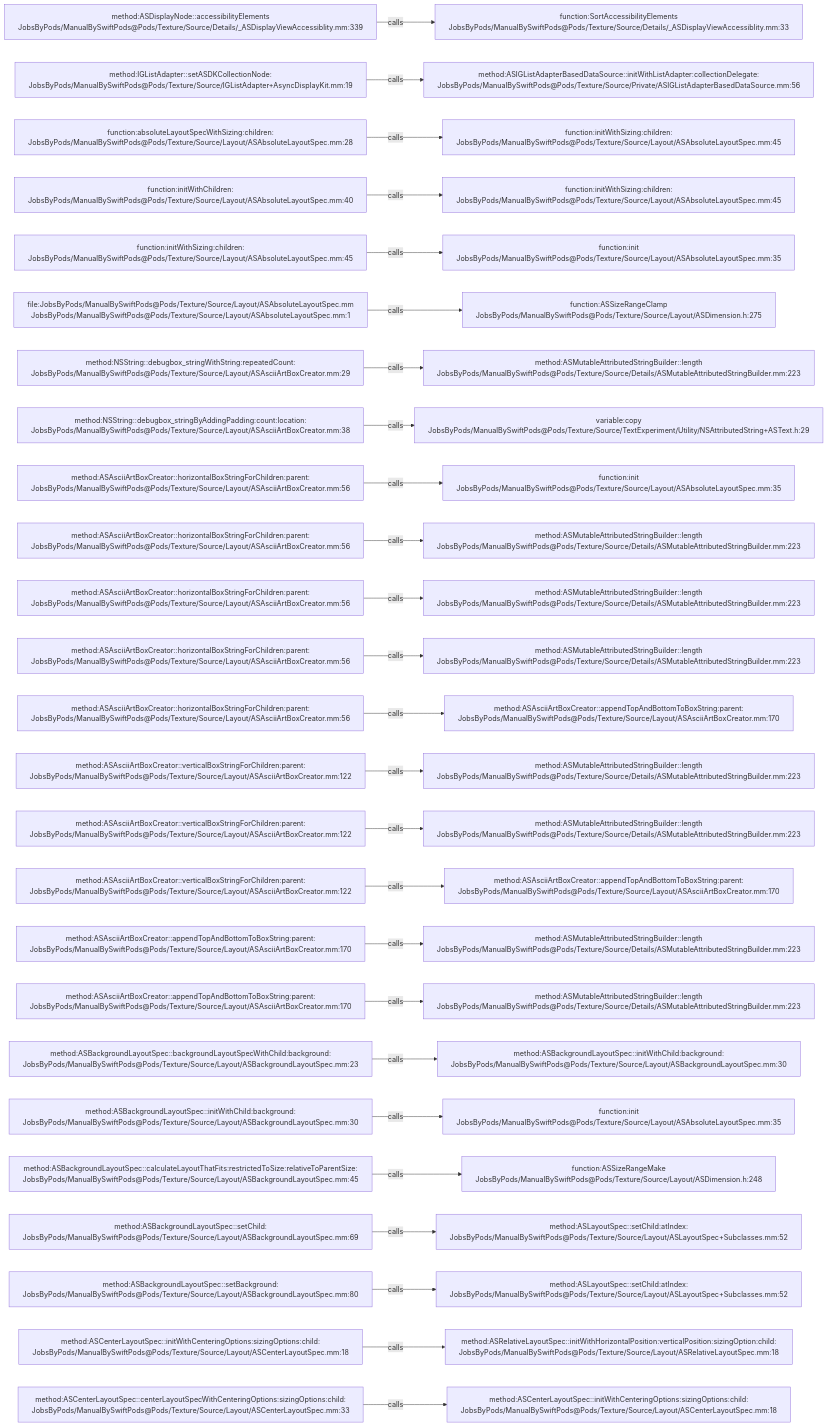
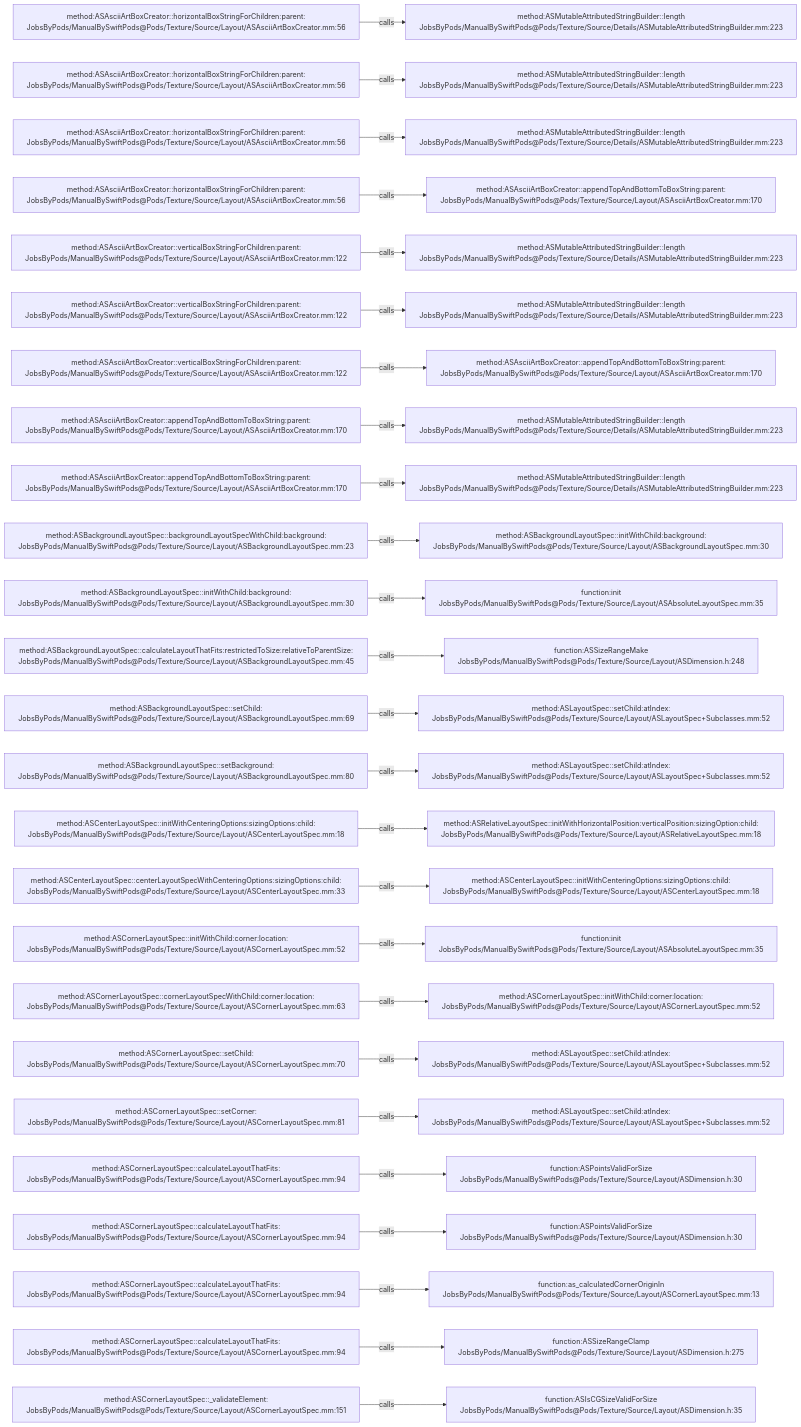
Before and after one commit to JobsKits/JobsSwiftBaseConfigDemo: the diagram in .codegraph/codegraph.md/graphs/calls-105.md, drawn with Mermaid. The commit also changed 707 other files, not shown here.

````diff
--- a/.codegraph/codegraph.md/graphs/calls-105.md
+++ b/.codegraph/codegraph.md/graphs/calls-105.md
@@ -13,78 +13,78 @@
 ```mermaid
 flowchart LR
-  S1["method:ASDisplayNode::accessibilityElements<br/>JobsByPods/ManualBySwiftPods@Pods/Texture/Source/Details/_ASDisplayViewAccessiblity.mm:339"]
-  T1["function:SortAccessibilityElements<br/>JobsByPods/ManualBySwiftPods@Pods/Texture/Source/Details/_ASDisplayViewAccessiblity.mm:33"]
+  S1["method:ASAsciiArtBoxCreator::horizontalBoxStringForChildren:parent:<br/>JobsByPods/ManualBySwiftPods@Pods/Texture/Source/Layout/ASAsciiArtBoxCreator.mm:56"]
+  T1["method:ASMutableAttributedStringBuilder::length<br/>JobsByPods/ManualBySwiftPods@Pods/Texture/Source/Details/ASMutableAttributedStringBuilder.mm:223"]
   S1 -->|calls| T1
-  S2["method:IGListAdapter::setASDKCollectionNode:<br/>JobsByPods/ManualBySwiftPods@Pods/Texture/Source/IGListAdapter+AsyncDisplayKit.mm:19"]
-  T2["method:ASIGListAdapterBasedDataSource::initWithListAdapter:collectionDelegate:<br/>JobsByPods/ManualBySwiftPods@Pods/Texture/Source/Private/ASIGListAdapterBasedDataSource.mm:56"]
+  S2["method:ASAsciiArtBoxCreator::horizontalBoxStringForChildren:parent:<br/>JobsByPods/ManualBySwiftPods@Pods/Texture/Source/Layout/ASAsciiArtBoxCreator.mm:56"]
+  T2["method:ASMutableAttributedStringBuilder::length<br/>JobsByPods/ManualBySwiftPods@Pods/Texture/Source/Details/ASMutableAttributedStringBuilder.mm:223"]
   S2 -->|calls| T2
-  S3["function:absoluteLayoutSpecWithSizing:children:<br/>JobsByPods/ManualBySwiftPods@Pods/Texture/Source/Layout/ASAbsoluteLayoutSpec.mm:28"]
-  T3["function:initWithSizing:children:<br/>JobsByPods/ManualBySwiftPods@Pods/Texture/Source/Layout/ASAbsoluteLayoutSpec.mm:45"]
+  S3["method:ASAsciiArtBoxCreator::horizontalBoxStringForChildren:parent:<br/>JobsByPods/ManualBySwiftPods@Pods/Texture/Source/Layout/ASAsciiArtBoxCreator.mm:56"]
+  T3["method:ASMutableAttributedStringBuilder::length<br/>JobsByPods/ManualBySwiftPods@Pods/Texture/Source/Details/ASMutableAttributedStringBuilder.mm:223"]
   S3 -->|calls| T3
-  S4["function:initWithChildren:<br/>JobsByPods/ManualBySwiftPods@Pods/Texture/Source/Layout/ASAbsoluteLayoutSpec.mm:40"]
-  T4["function:initWithSizing:children:<br/>JobsByPods/ManualBySwiftPods@Pods/Texture/Source/Layout/ASAbsoluteLayoutSpec.mm:45"]
+  S4["method:ASAsciiArtBoxCreator::horizontalBoxStringForChildren:parent:<br/>JobsByPods/ManualBySwiftPods@Pods/Texture/Source/Layout/ASAsciiArtBoxCreator.mm:56"]
+  T4["method:ASAsciiArtBoxCreator::appendTopAndBottomToBoxString:parent:<br/>JobsByPods/ManualBySwiftPods@Pods/Texture/Source/Layout/ASAsciiArtBoxCreator.mm:170"]
   S4 -->|calls| T4
-  S5["function:initWithSizing:children:<br/>JobsByPods/ManualBySwiftPods@Pods/Texture/Source/Layout/ASAbsoluteLayoutSpec.mm:45"]
-  T5["function:init<br/>JobsByPods/ManualBySwiftPods@Pods/Texture/Source/Layout/ASAbsoluteLayoutSpec.mm:35"]
+  S5["method:ASAsciiArtBoxCreator::verticalBoxStringForChildren:parent:<br/>JobsByPods/ManualBySwiftPods@Pods/Texture/Source/Layout/ASAsciiArtBoxCreator.mm:122"]
+  T5["method:ASMutableAttributedStringBuilder::length<br/>JobsByPods/ManualBySwiftPods@Pods/Texture/Source/Details/ASMutableAttributedStringBuilder.mm:223"]
   S5 -->|calls| T5
-  S6["file:JobsByPods/ManualBySwiftPods@Pods/Texture/Source/Layout/ASAbsoluteLayoutSpec.mm<br/>JobsByPods/ManualBySwiftPods@Pods/Texture/Source/Layout/ASAbsoluteLayoutSpec.mm:1"]
-  T6["function:ASSizeRangeClamp<br/>JobsByPods/ManualBySwiftPods@Pods/Texture/Source/Layout/ASDimension.h:275"]
+  S6["method:ASAsciiArtBoxCreator::verticalBoxStringForChildren:parent:<br/>JobsByPods/ManualBySwiftPods@Pods/Texture/Source/Layout/ASAsciiArtBoxCreator.mm:122"]
+  T6["method:ASMutableAttributedStringBuilder::length<br/>JobsByPods/ManualBySwiftPods@Pods/Texture/Source/Details/ASMutableAttributedStringBuilder.mm:223"]
   S6 -->|calls| T6
-  S7["method:NSString::debugbox_stringWithString:repeatedCount:<br/>JobsByPods/ManualBySwiftPods@Pods/Texture/Source/Layout/ASAsciiArtBoxCreator.mm:29"]
-  T7["method:ASMutableAttributedStringBuilder::length<br/>JobsByPods/ManualBySwiftPods@Pods/Texture/Source/Details/ASMutableAttributedStringBuilder.mm:223"]
+  S7["method:ASAsciiArtBoxCreator::verticalBoxStringForChildren:parent:<br/>JobsByPods/ManualBySwiftPods@Pods/Texture/Source/Layout/ASAsciiArtBoxCreator.mm:122"]
+  T7["method:ASAsciiArtBoxCreator::appendTopAndBottomToBoxString:parent:<br/>JobsByPods/ManualBySwiftPods@Pods/Texture/Source/Layout/ASAsciiArtBoxCreator.mm:170"]
   S7 -->|calls| T7
-  S8["method:NSString::debugbox_stringByAddingPadding:count:location:<br/>JobsByPods/ManualBySwiftPods@Pods/Texture/Source/Layout/ASAsciiArtBoxCreator.mm:38"]
-  T8["variable:copy<br/>JobsByPods/ManualBySwiftPods@Pods/Texture/Source/TextExperiment/Utility/NSAttributedString+ASText.h:29"]
+  S8["method:ASAsciiArtBoxCreator::appendTopAndBottomToBoxString:parent:<br/>JobsByPods/ManualBySwiftPods@Pods/Texture/Source/Layout/ASAsciiArtBoxCreator.mm:170"]
+  T8["method:ASMutableAttributedStringBuilder::length<br/>JobsByPods/ManualBySwiftPods@Pods/Texture/Source/Details/ASMutableAttributedStringBuilder.mm:223"]
   S8 -->|calls| T8
-  S9["method:ASAsciiArtBoxCreator::horizontalBoxStringForChildren:parent:<br/>JobsByPods/ManualBySwiftPods@Pods/Texture/Source/Layout/ASAsciiArtBoxCreator.mm:56"]
-  T9["function:init<br/>JobsByPods/ManualBySwiftPods@Pods/Texture/Source/Layout/ASAbsoluteLayoutSpec.mm:35"]
+  S9["method:ASAsciiArtBoxCreator::appendTopAndBottomToBoxString:parent:<br/>JobsByPods/ManualBySwiftPods@Pods/Texture/Source/Layout/ASAsciiArtBoxCreator.mm:170"]
+  T9["method:ASMutableAttributedStringBuilder::length<br/>JobsByPods/ManualBySwiftPods@Pods/Texture/Source/Details/ASMutableAttributedStringBuilder.mm:223"]
   S9 -->|calls| T9
-  S10["method:ASAsciiArtBoxCreator::horizontalBoxStringForChildren:parent:<br/>JobsByPods/ManualBySwiftPods@Pods/Texture/Source/Layout/ASAsciiArtBoxCreator.mm:56"]
-  T10["method:ASMutableAttributedStringBuilder::length<br/>JobsByPods/ManualBySwiftPods@Pods/Texture/Source/Details/ASMutableAttributedStringBuilder.mm:223"]
+  S10["method:ASBackgroundLayoutSpec::backgroundLayoutSpecWithChild:background:<br/>JobsByPods/ManualBySwiftPods@Pods/Texture/Source/Layout/ASBackgroundLayoutSpec.mm:23"]
+  T10["method:ASBackgroundLayoutSpec::initWithChild:background:<br/>JobsByPods/ManualBySwiftPods@Pods/Texture/Source/Layout/ASBackgroundLayoutSpec.mm:30"]
   S10 -->|calls| T10
-  S11["method:ASAsciiArtBoxCreator::horizontalBoxStringForChildren:parent:<br/>JobsByPods/ManualBySwiftPods@Pods/Texture/Source/Layout/ASAsciiArtBoxCreator.mm:56"]
-  T11["method:ASMutableAttributedStringBuilder::length<br/>JobsByPods/ManualBySwiftPods@Pods/Texture/Source/Details/ASMutableAttributedStringBuilder.mm:223"]
+  S11["method:ASBackgroundLayoutSpec::initWithChild:background:<br/>JobsByPods/ManualBySwiftPods@Pods/Texture/Source/Layout/ASBackgroundLayoutSpec.mm:30"]
+  T11["function:init<br/>JobsByPods/ManualBySwiftPods@Pods/Texture/Source/Layout/ASAbsoluteLayoutSpec.mm:35"]
   S11 -->|calls| T11
-  S12["method:ASAsciiArtBoxCreator::horizontalBoxStringForChildren:parent:<br/>JobsByPods/ManualBySwiftPods@Pods/Texture/Source/Layout/ASAsciiArtBoxCreator.mm:56"]
-  T12["method:ASMutableAttributedStringBuilder::length<br/>JobsByPods/ManualBySwiftPods@Pods/Texture/Source/Details/ASMutableAttributedStringBuilder.mm:223"]
+  S12["method:ASBackgroundLayoutSpec::calculateLayoutThatFits:restrictedToSize:relativeToParentSize:<br/>JobsByPods/ManualBySwiftPods@Pods/Texture/Source/Layout/ASBackgroundLayoutSpec.mm:45"]
+  T12["function:ASSizeRangeMake<br/>JobsByPods/ManualBySwiftPods@Pods/Texture/Source/Layout/ASDimension.h:248"]
   S12 -->|calls| T12
-  S13["method:ASAsciiArtBoxCreator::horizontalBoxStringForChildren:parent:<br/>JobsByPods/ManualBySwiftPods@Pods/Texture/Source/Layout/ASAsciiArtBoxCreator.mm:56"]
-  T13["method:ASAsciiArtBoxCreator::appendTopAndBottomToBoxString:parent:<br/>JobsByPods/ManualBySwiftPods@Pods/Texture/Source/Layout/ASAsciiArtBoxCreator.mm:170"]
+  S13["method:ASBackgroundLayoutSpec::setChild:<br/>JobsByPods/ManualBySwiftPods@Pods/Texture/Source/Layout/ASBackgroundLayoutSpec.mm:69"]
+  T13["method:ASLayoutSpec::setChild:atIndex:<br/>JobsByPods/ManualBySwiftPods@Pods/Texture/Source/Layout/ASLayoutSpec+Subclasses.mm:52"]
   S13 -->|calls| T13
-  S14["method:ASAsciiArtBoxCreator::verticalBoxStringForChildren:parent:<br/>JobsByPods/ManualBySwiftPods@Pods/Texture/Source/Layout/ASAsciiArtBoxCreator.mm:122"]
-  T14["method:ASMutableAttributedStringBuilder::length<br/>JobsByPods/ManualBySwiftPods@Pods/Texture/Source/Details/ASMutableAttributedStringBuilder.mm:223"]
+  S14["method:ASBackgroundLayoutSpec::setBackground:<br/>JobsByPods/ManualBySwiftPods@Pods/Texture/Source/Layout/ASBackgroundLayoutSpec.mm:80"]
+  T14["method:ASLayoutSpec::setChild:atIndex:<br/>JobsByPods/ManualBySwiftPods@Pods/Texture/Source/Layout/ASLayoutSpec+Subclasses.mm:52"]
   S14 -->|calls| T14
-  S15["method:ASAsciiArtBoxCreator::verticalBoxStringForChildren:parent:<br/>JobsByPods/ManualBySwiftPods@Pods/Texture/Source/Layout/ASAsciiArtBoxCreator.mm:122"]
-  T15["method:ASMutableAttributedStringBuilder::length<br/>JobsByPods/ManualBySwiftPods@Pods/Texture/Source/Details/ASMutableAttributedStringBuilder.mm:223"]
+  S15["method:ASCenterLayoutSpec::initWithCenteringOptions:sizingOptions:child:<br/>JobsByPods/ManualBySwiftPods@Pods/Texture/Source/Layout/ASCenterLayoutSpec.mm:18"]
+  T15["method:ASRelativeLayoutSpec::initWithHorizontalPosition:verticalPosition:sizingOption:child:<br/>JobsByPods/ManualBySwiftPods@Pods/Texture/Source/Layout/ASRelativeLayoutSpec.mm:18"]
   S15 -->|calls| T15
-  S16["method:ASAsciiArtBoxCreator::verticalBoxStringForChildren:parent:<br/>JobsByPods/ManualBySwiftPods@Pods/Texture/Source/Layout/ASAsciiArtBoxCreator.mm:122"]
-  T16["method:ASAsciiArtBoxCreator::appendTopAndBottomToBoxString:parent:<br/>JobsByPods/ManualBySwiftPods@Pods/Texture/Source/Layout/ASAsciiArtBoxCreator.mm:170"]
+  S16["method:ASCenterLayoutSpec::centerLayoutSpecWithCenteringOptions:sizingOptions:child:<br/>JobsByPods/ManualBySwiftPods@Pods/Texture/Source/Layout/ASCenterLayoutSpec.mm:33"]
+  T16["method:ASCenterLayoutSpec::initWithCenteringOptions:sizingOptions:child:<br/>JobsByPods/ManualBySwiftPods@Pods/Texture/Source/Layout/ASCenterLayoutSpec.mm:18"]
   S16 -->|calls| T16
-  S17["method:ASAsciiArtBoxCreator::appendTopAndBottomToBoxString:parent:<br/>JobsByPods/ManualBySwiftPods@Pods/Texture/Source/Layout/ASAsciiArtBoxCreator.mm:170"]
-  T17["method:ASMutableAttributedStringBuilder::length<br/>JobsByPods/ManualBySwiftPods@Pods/Texture/Source/Details/ASMutableAttributedStringBuilder.mm:223"]
+  S17["method:ASCornerLayoutSpec::initWithChild:corner:location:<br/>JobsByPods/ManualBySwiftPods@Pods/Texture/Source/Layout/ASCornerLayoutSpec.mm:52"]
+  T17["function:init<br/>JobsByPods/ManualBySwiftPods@Pods/Texture/Source/Layout/ASAbsoluteLayoutSpec.mm:35"]
   S17 -->|calls| T17
-  S18["method:ASAsciiArtBoxCreator::appendTopAndBottomToBoxString:parent:<br/>JobsByPods/ManualBySwiftPods@Pods/Texture/Source/Layout/ASAsciiArtBoxCreator.mm:170"]
-  T18["method:ASMutableAttributedStringBuilder::length<br/>JobsByPods/ManualBySwiftPods@Pods/Texture/Source/Details/ASMutableAttributedStringBuilder.mm:223"]
+  S18["method:ASCornerLayoutSpec::cornerLayoutSpecWithChild:corner:location:<br/>JobsByPods/ManualBySwiftPods@Pods/Texture/Source/Layout/ASCornerLayoutSpec.mm:63"]
+  T18["method:ASCornerLayoutSpec::initWithChild:corner:location:<br/>JobsByPods/ManualBySwiftPods@Pods/Texture/Source/Layout/ASCornerLayoutSpec.mm:52"]
   S18 -->|calls| T18
-  S19["method:ASBackgroundLayoutSpec::backgroundLayoutSpecWithChild:background:<br/>JobsByPods/ManualBySwiftPods@Pods/Texture/Source/Layout/ASBackgroundLayoutSpec.mm:23"]
-  T19["method:ASBackgroundLayoutSpec::initWithChild:background:<br/>JobsByPods/ManualBySwiftPods@Pods/Texture/Source/Layout/ASBackgroundLayoutSpec.mm:30"]
+  S19["method:ASCornerLayoutSpec::setChild:<br/>JobsByPods/ManualBySwiftPods@Pods/Texture/Source/Layout/ASCornerLayoutSpec.mm:70"]
+  T19["method:ASLayoutSpec::setChild:atIndex:<br/>JobsByPods/ManualBySwiftPods@Pods/Texture/Source/Layout/ASLayoutSpec+Subclasses.mm:52"]
   S19 -->|calls| T19
-  S20["method:ASBackgroundLayoutSpec::initWithChild:background:<br/>JobsByPods/ManualBySwiftPods@Pods/Texture/Source/Layout/ASBackgroundLayoutSpec.mm:30"]
-  T20["function:init<br/>JobsByPods/ManualBySwiftPods@Pods/Texture/Source/Layout/ASAbsoluteLayoutSpec.mm:35"]
+  S20["method:ASCornerLayoutSpec::setCorner:<br/>JobsByPods/ManualBySwiftPods@Pods/Texture/Source/Layout/ASCornerLayoutSpec.mm:81"]
+  T20["method:ASLayoutSpec::setChild:atIndex:<br/>JobsByPods/ManualBySwiftPods@Pods/Texture/Source/Layout/ASLayoutSpec+Subclasses.mm:52"]
   S20 -->|calls| T20
-  S21["method:ASBackgroundLayoutSpec::calculateLayoutThatFits:restrictedToSize:relativeToParentSize:<br/>JobsByPods/ManualBySwiftPods@Pods/Texture/Source/Layout/ASBackgroundLayoutSpec.mm:45"]
-  T21["function:ASSizeRangeMake<br/>JobsByPods/ManualBySwiftPods@Pods/Texture/Source/Layout/ASDimension.h:248"]
+  S21["method:ASCornerLayoutSpec::calculateLayoutThatFits:<br/>JobsByPods/ManualBySwiftPods@Pods/Texture/Source/Layout/ASCornerLayoutSpec.mm:94"]
+  T21["function:ASPointsValidForSize<br/>JobsByPods/ManualBySwiftPods@Pods/Texture/Source/Layout/ASDimension.h:30"]
   S21 -->|calls| T21
-  S22["method:ASBackgroundLayoutSpec::setChild:<br/>JobsByPods/ManualBySwiftPods@Pods/Texture/Source/Layout/ASBackgroundLayoutSpec.mm:69"]
-  T22["method:ASLayoutSpec::setChild:atIndex:<br/>JobsByPods/ManualBySwiftPods@Pods/Texture/Source/Layout/ASLayoutSpec+Subclasses.mm:52"]
+  S22["method:ASCornerLayoutSpec::calculateLayoutThatFits:<br/>JobsByPods/ManualBySwiftPods@Pods/Texture/Source/Layout/ASCornerLayoutSpec.mm:94"]
+  T22["function:ASPointsValidForSize<br/>JobsByPods/ManualBySwiftPods@Pods/Texture/Source/Layout/ASDimension.h:30"]
   S22 -->|calls| T22
-  S23["method:ASBackgroundLayoutSpec::setBackground:<br/>JobsByPods/ManualBySwiftPods@Pods/Texture/Source/Layout/ASBackgroundLayoutSpec.mm:80"]
-  T23["method:ASLayoutSpec::setChild:atIndex:<br/>JobsByPods/ManualBySwiftPods@Pods/Texture/Source/Layout/ASLayoutSpec+Subclasses.mm:52"]
+  S23["method:ASCornerLayoutSpec::calculateLayoutThatFits:<br/>JobsByPods/ManualBySwiftPods@Pods/Texture/Source/Layout/ASCornerLayoutSpec.mm:94"]
+  T23["function:as_calculatedCornerOriginIn<br/>JobsByPods/ManualBySwiftPods@Pods/Texture/Source/Layout/ASCornerLayoutSpec.mm:13"]
   S23 -->|calls| T23
-  S24["method:ASCenterLayoutSpec::initWithCenteringOptions:sizingOptions:child:<br/>JobsByPods/ManualBySwiftPods@Pods/Texture/Source/Layout/ASCenterLayoutSpec.mm:18"]
-  T24["method:ASRelativeLayoutSpec::initWithHorizontalPosition:verticalPosition:sizingOption:child:<br/>JobsByPods/ManualBySwiftPods@Pods/Texture/Source/Layout/ASRelativeLayoutSpec.mm:18"]
+  S24["method:ASCornerLayoutSpec::calculateLayoutThatFits:<br/>JobsByPods/ManualBySwiftPods@Pods/Texture/Source/Layout/ASCornerLayoutSpec.mm:94"]
+  T24["function:ASSizeRangeClamp<br/>JobsByPods/ManualBySwiftPods@Pods/Texture/Source/Layout/ASDimension.h:275"]
   S24 -->|calls| T24
-  S25["method:ASCenterLayoutSpec::centerLayoutSpecWithCenteringOptions:sizingOptions:child:<br/>JobsByPods/ManualBySwiftPods@Pods/Texture/Source/Layout/ASCenterLayoutSpec.mm:33"]
-  T25["method:ASCenterLayoutSpec::initWithCenteringOptions:sizingOptions:child:<br/>JobsByPods/ManualBySwiftPods@Pods/Texture/Source/Layout/ASCenterLayoutSpec.mm:18"]
+  S25["method:ASCornerLayoutSpec::_validateElement:<br/>JobsByPods/ManualBySwiftPods@Pods/Texture/Source/Layout/ASCornerLayoutSpec.mm:151"]
+  T25["function:ASIsCGSizeValidForSize<br/>JobsByPods/ManualBySwiftPods@Pods/Texture/Source/Layout/ASDimension.h:35"]
   S25 -->|calls| T25
 ```
````
